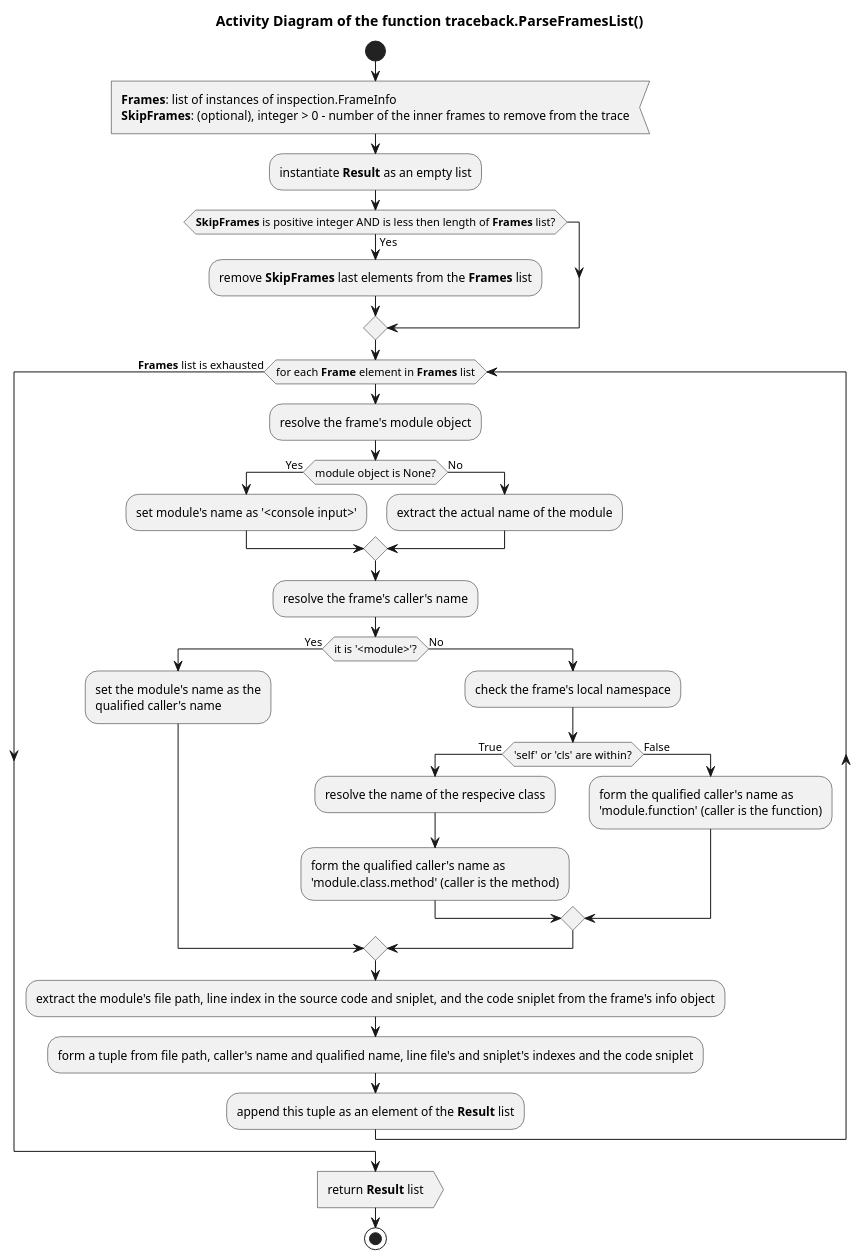
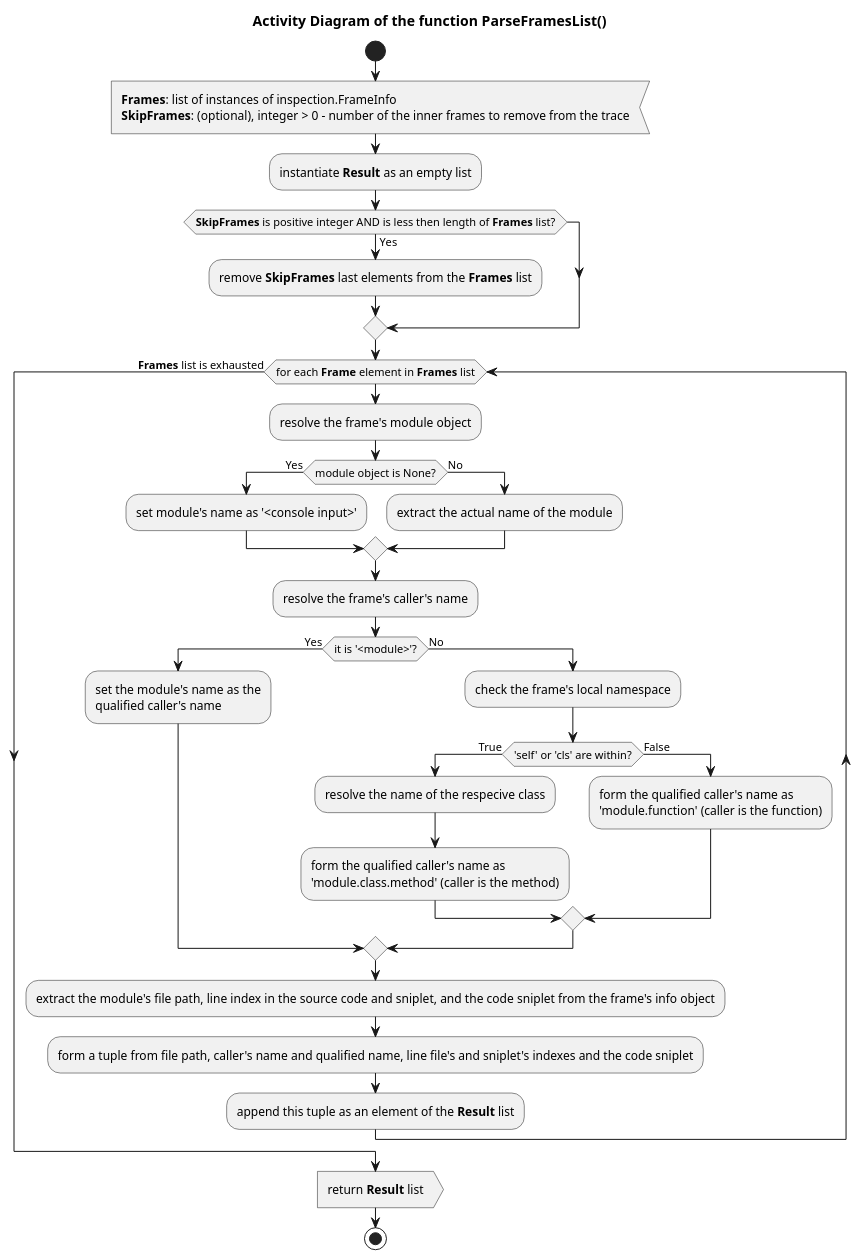
The diagram in Documentation/UML/traceback/traceback_parseframeslist.pu (FooBarShebang/introspection_lib), drawn with PlantUML before and after one commit. The commit also changed 18 other files, not shown here.

Commit message:
updated UML diagrams

```diff
--- a/Documentation/UML/traceback/traceback_parseframeslist.pu
+++ b/Documentation/UML/traceback/traceback_parseframeslist.pu
@@ -1,49 +1,49 @@
 @startuml traceback_parseframeslist
 
-title Activity Diagram of the function traceback.ParseFramesList()
+title Activity Diagram of the function ParseFramesList()
 
 start
 :<b>Frames</b>: list of instances of inspection.FrameInfo
 <b>SkipFrames</b>: (optional), integer > 0 - number of the inner frames to remove from the trace<
 
 :instantiate <b>Result</b> as an empty list;
 
 if (<b>SkipFrames</b> is positive integer AND is less then length of <b>Frames</b> list?) then (Yes)
     :remove <b>SkipFrames</b> last elements from the <b>Frames</b> list;
 endif
 
 while (for each <b>Frame</b> element in <b>Frames</b> list)
     :resolve the frame's module object;
 
     if (module object is None?) then (Yes)
         :set module's name as '<console input>';
     else (No)
         :extract the actual name of the module;
     endif
 
     :resolve the frame's caller's name;
 
     if (it is '<module>'?) then (Yes)
         :set the module's name as the\nqualified caller's name;
     else (No)
         :check the frame's local namespace;
 
         if ('self' or 'cls' are within?) then (True)
             :resolve the name of the respecive class;
 
             :form the qualified caller's name as\n'module.class.method' (caller is the method);
         else (False)
             :form the qualified caller's name as\n'module.function' (caller is the function);
         endif
     endif
 
     :extract the module's file path, line index in the source code and sniplet, and the code sniplet from the frame's info object;
 
     :form a tuple from file path, caller's name and qualified name, line file's and sniplet's indexes and the code sniplet;
 
     :append this tuple as an element of the <b>Result</b> list;
 endwhile (<b>Frames</b> list is exhausted)
 
 :return <b>Result</b> list>
 stop
 @enduml
```
